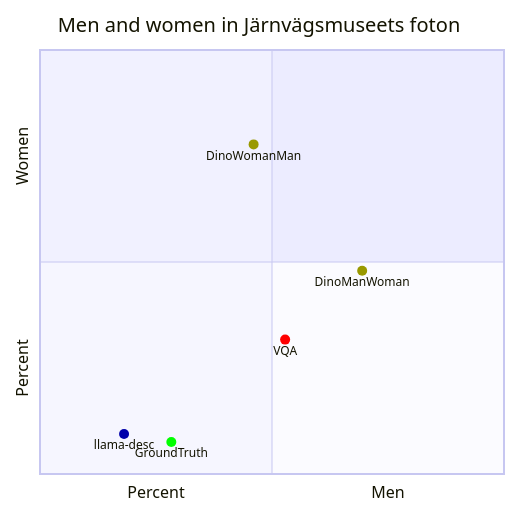
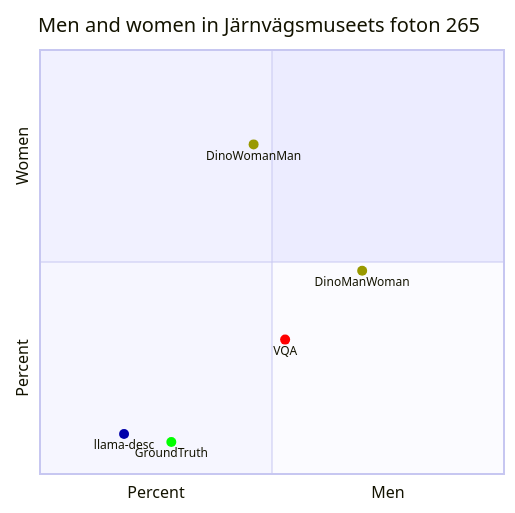
Before and after one commit to Modern36/tropes_1500: the second of 11 diagrams in browser/scatter.md, drawn with Mermaid. The commit also changed other lines of this file and 1 other file, not shown here.

````diff
--- a/browser/scatter.md
+++ b/browser/scatter.md
@@ -28,12 +28,12 @@
 ```mermaid
 quadrantChart
-    title Men and women in Järnvägsmuseets foton
+    title Men and women in Järnvägsmuseets foton 265
     x-axis Percent --> Men
     y-axis Percent --> Women
     DinoManWoman: [0.6943396226415094, 0.47924528301886793] color: #999900
     DinoWomanMan: [0.46037735849056605, 0.7773584905660378] color: #999900
     GroundTruth: [0.2830188679245283, 0.07547169811320754] color: #00FF00
     VQA: [0.5283018867924528, 0.3169811320754717] color: #FF0000
     llama-desc: [0.1811320754716981, 0.09433962264150944] color: #0000AA
 
 ```
````
